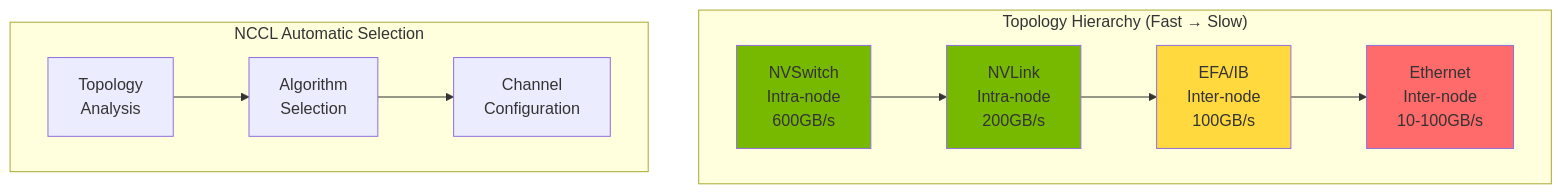
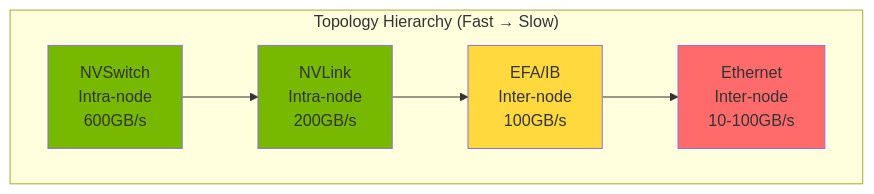
One commit to devfloor9/engineering-playbook changed the sixth of 6 diagrams in i18n/en/docusaurus-plugin-content-docs/current/agentic-ai-platform/model-serving/nemo-framework.md. Above: the diagram before and after it, drawn with Mermaid. The commit also changed other lines of this file and 95 other files, not shown here.

````diff
--- a/i18n/en/docusaurus-plugin-content-docs/current/agentic-ai-platform/model-serving/nemo-framework.md
+++ b/i18n/en/docusaurus-plugin-content-docs/current/agentic-ai-platform/model-serving/nemo-framework.md
@@ -817,24 +463,16 @@
 ```mermaid
 flowchart TB
     subgraph Topo["Topology Hierarchy (Fast → Slow)"]
         L1[NVSwitch<br/>Intra-node<br/>600GB/s]
         L2[NVLink<br/>Intra-node<br/>200GB/s]
         L3[EFA/IB<br/>Inter-node<br/>100GB/s]
         L4[Ethernet<br/>Inter-node<br/>10-100GB/s]
 
         L1 --> L2 --> L3 --> L4
     end
 
-    subgraph NCCL["NCCL Automatic Selection"]
-        A[Topology<br/>Analysis]
-        B[Algorithm<br/>Selection]
-        C[Channel<br/>Configuration]
-
-        A --> B --> C
-    end
-
     style L1 fill:#76b900
     style L2 fill:#76b900
     style L3 fill:#ffd93d
     style L4 fill:#ff6b6b
 ```
````
